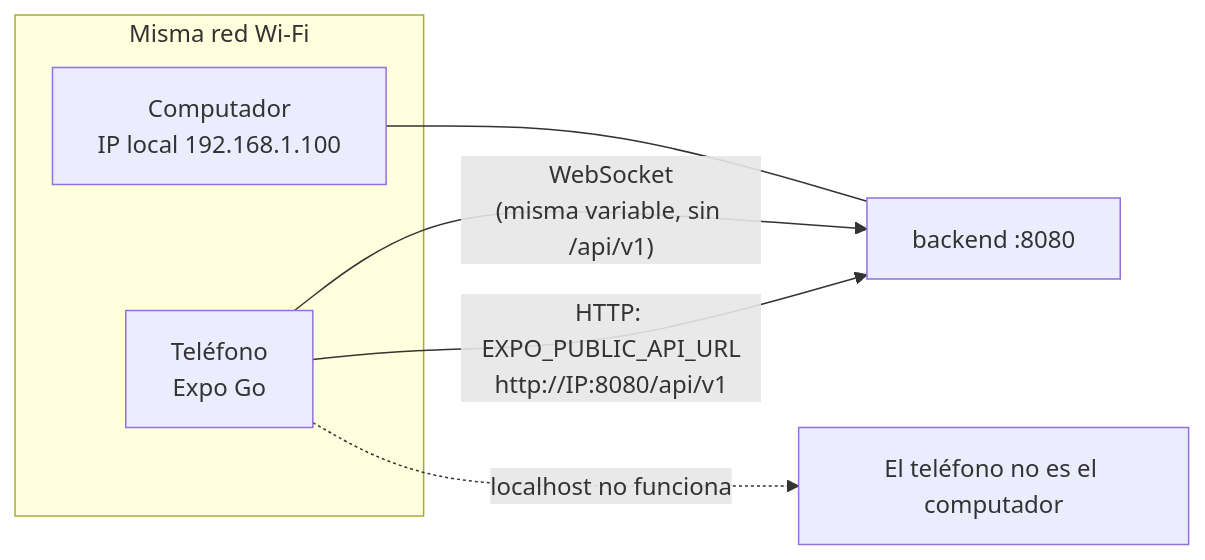
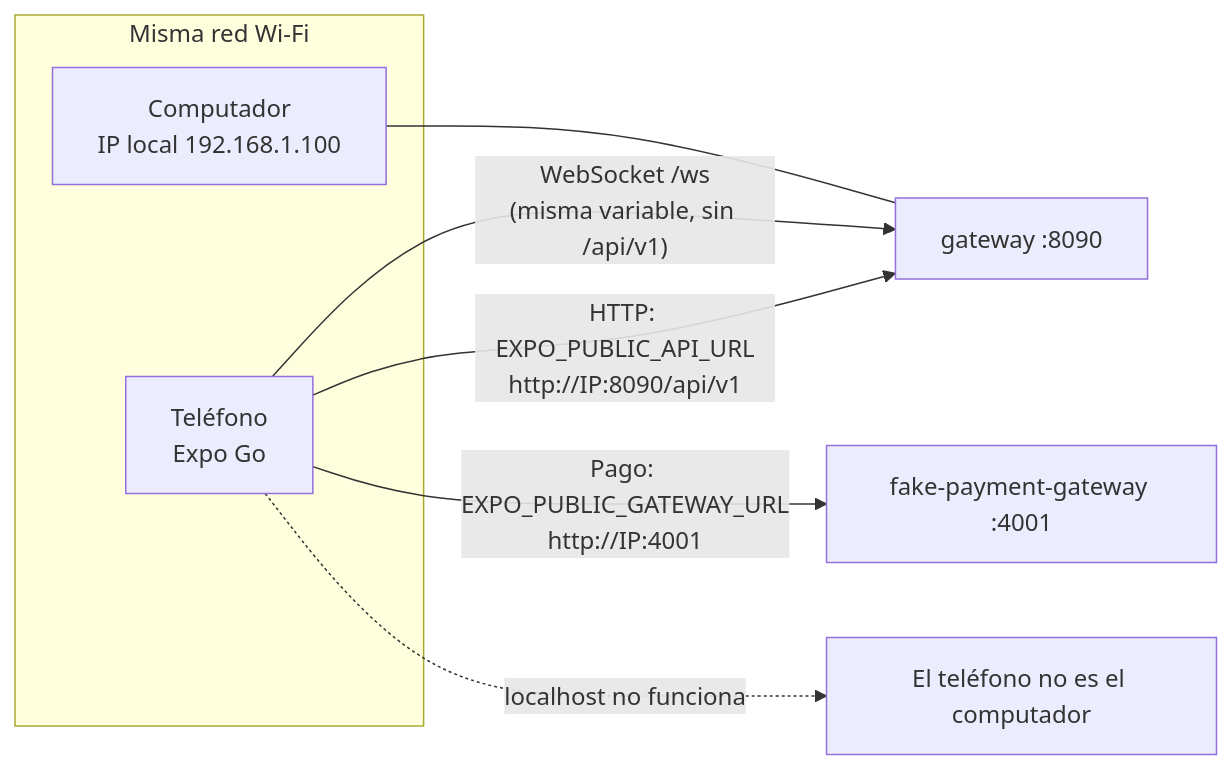
Before and after one commit to TheJhampierBoy/TuEvento-Docs: the fifth of 6 diagrams in es/11_Manual_Instalacion.md, drawn with Mermaid. The commit also changed other lines of this file and 1 other file, not shown here.

First line of the commit message:
docs: update installation manual to v1.2.0 (gateway and microservices)

````diff
--- a/es/11_Manual_Instalacion.md
+++ b/es/11_Manual_Instalacion.md
@@ -491,11 +623,12 @@
 ```mermaid
 flowchart LR
     subgraph RED["Misma red Wi-Fi"]
         T["Teléfono<br/>Expo Go"]
         PC["Computador<br/>IP local 192.168.1.100"]
     end
-    T -->|"HTTP: EXPO_PUBLIC_API_URL<br/>http://IP:8080/api/v1"| BK["backend :8080"]
-    T -->|"WebSocket<br/>(misma variable, sin /api/v1)"| BK
-    PC --- BK
+    T -->|"HTTP: EXPO_PUBLIC_API_URL<br/>http://IP:8090/api/v1"| GW["gateway :8090"]
+    T -->|"WebSocket /ws<br/>(misma variable, sin /api/v1)"| GW
+    T -->|"Pago: EXPO_PUBLIC_GATEWAY_URL<br/>http://IP:4001"| FG["fake-payment-gateway :4001"]
+    PC --- GW
     T -.->|"localhost no funciona"| X["El teléfono no es el computador"]
 ```
````
